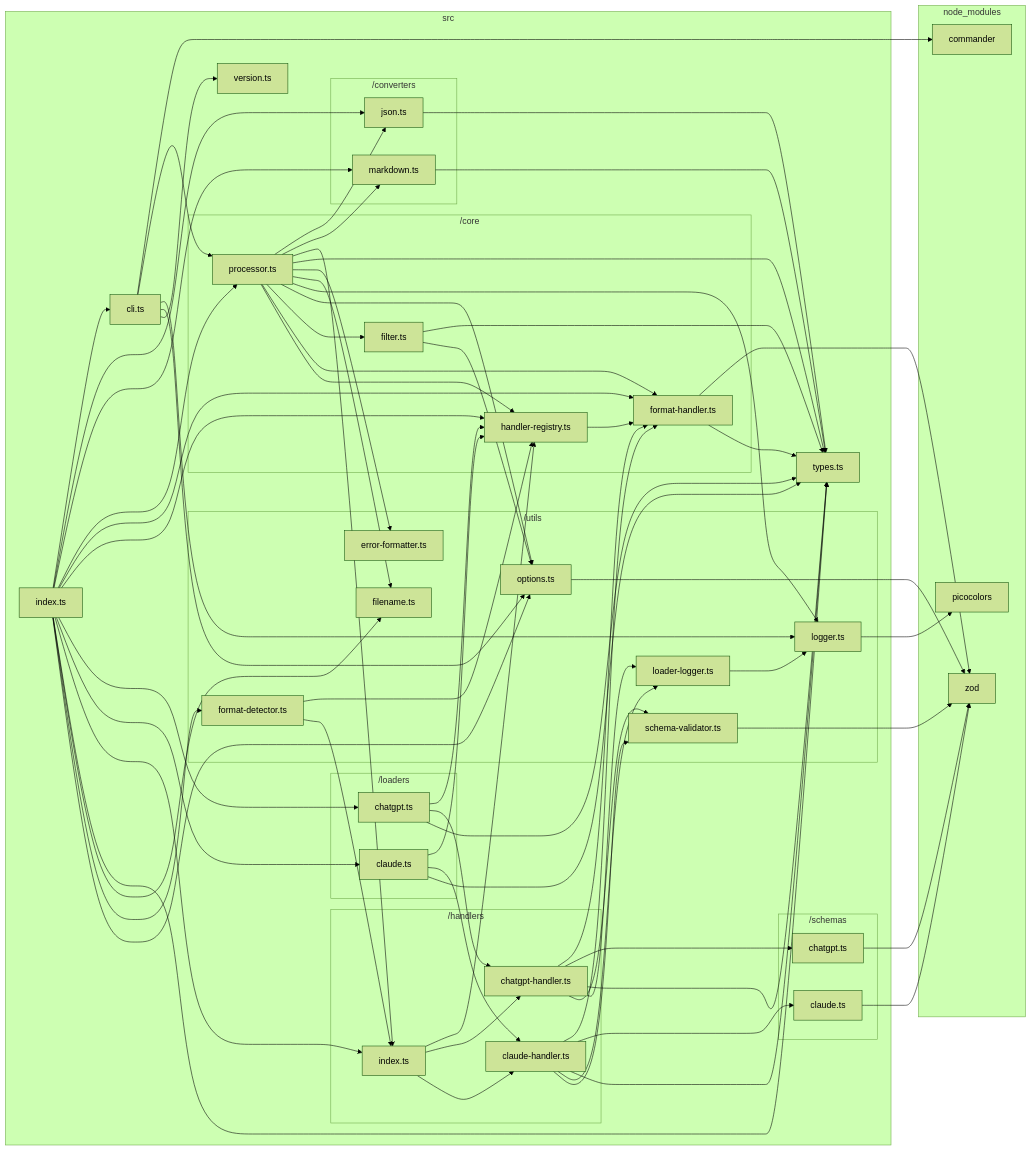
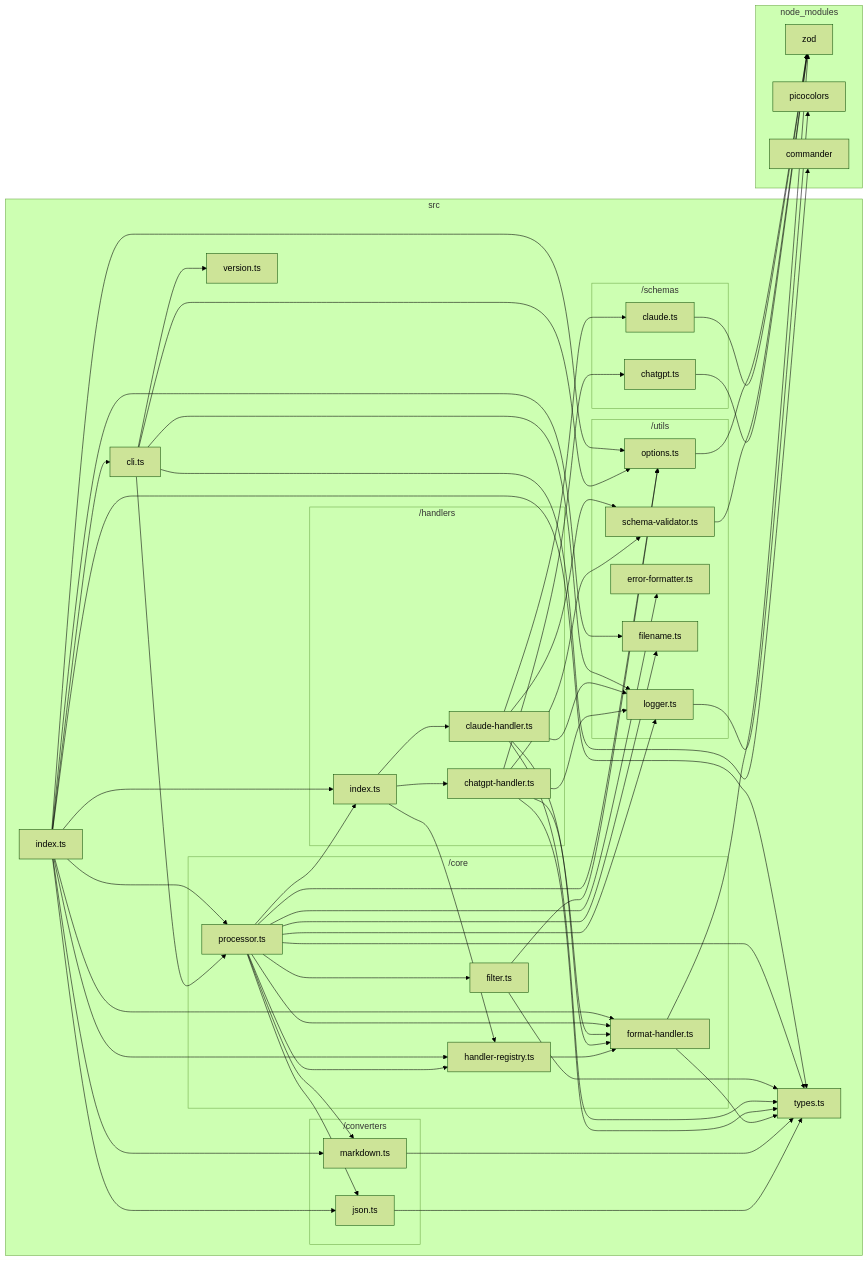
The diagram in docs/dependency-graphs/typescript-graph.md (sugurutakahashi-1234/ai-chat-md-export), drawn with Mermaid (forest theme) before and after one commit. The commit also changed 14 other files, not shown here.

````diff
--- a/docs/dependency-graphs/typescript-graph.md
+++ b/docs/dependency-graphs/typescript-graph.md
@@ -27,21 +27,15 @@
         end
         subgraph src/utils["/utils"]
             src/utils/logger.ts["logger.ts"]
-            src/utils/loader//logger.ts["loader-logger.ts"]
             src/utils/schema//validator.ts["schema-validator.ts"]
             src/utils/error//formatter.ts["error-formatter.ts"]
             src/utils/filename.ts["filename.ts"]
             src/utils/options.ts["options.ts"]
-            src/utils/format//detector.ts["format-detector.ts"]
         end
         subgraph src/handlers["/handlers"]
             src/handlers/chatgpt//handler.ts["chatgpt-handler.ts"]
             src/handlers/claude//handler.ts["claude-handler.ts"]
             src/handlers/index.ts["index.ts"]
-        end
-        subgraph src/loaders["/loaders"]
-            src/loaders/chatgpt.ts["chatgpt.ts"]
-            src/loaders/claude.ts["claude.ts"]
         end
     end
     subgraph node//modules["node_modules"]
@@ -56,18 +50,17 @@
     src/core/handler//registry.ts-->src/core/format//handler.ts
     src/schemas/chatgpt.ts-->node//modules/zod/index.d.cts
     src/utils/logger.ts-->node//modules/picocolors/picocolors.d.ts
-    src/utils/loader//logger.ts-->src/utils/logger.ts
     src/utils/schema//validator.ts-->node//modules/zod/index.d.cts
     src/handlers/chatgpt//handler.ts-->src/core/format//handler.ts
     src/handlers/chatgpt//handler.ts-->src/schemas/chatgpt.ts
     src/handlers/chatgpt//handler.ts-->src/types.ts
-    src/handlers/chatgpt//handler.ts-->src/utils/loader//logger.ts
+    src/handlers/chatgpt//handler.ts-->src/utils/logger.ts
     src/handlers/chatgpt//handler.ts-->src/utils/schema//validator.ts
     src/schemas/claude.ts-->node//modules/zod/index.d.cts
     src/handlers/claude//handler.ts-->src/core/format//handler.ts
     src/handlers/claude//handler.ts-->src/schemas/claude.ts
     src/handlers/claude//handler.ts-->src/types.ts
-    src/handlers/claude//handler.ts-->src/utils/loader//logger.ts
+    src/handlers/claude//handler.ts-->src/utils/logger.ts
     src/handlers/claude//handler.ts-->src/utils/schema//validator.ts
     src/handlers/index.ts-->src/core/handler//registry.ts
     src/handlers/index.ts-->src/handlers/chatgpt//handler.ts
@@ -91,25 +84,14 @@
     src/cli.ts-->src/utils/logger.ts
     src/cli.ts-->src/utils/options.ts
     src/cli.ts-->src/version.ts
-    src/loaders/chatgpt.ts-->src/core/handler//registry.ts
-    src/loaders/chatgpt.ts-->src/handlers/chatgpt//handler.ts
-    src/loaders/chatgpt.ts-->src/types.ts
-    src/loaders/claude.ts-->src/core/handler//registry.ts
-    src/loaders/claude.ts-->src/handlers/claude//handler.ts
-    src/loaders/claude.ts-->src/types.ts
-    src/utils/format//detector.ts-->src/core/handler//registry.ts
-    src/utils/format//detector.ts-->src/handlers/index.ts
     src/index.ts-->src/cli.ts
     src/index.ts-->src/converters/json.ts
     src/index.ts-->src/converters/markdown.ts
-    src/index.ts-->src/core/processor.ts
     src/index.ts-->src/core/format//handler.ts
     src/index.ts-->src/core/handler//registry.ts
-    src/index.ts-->src/loaders/chatgpt.ts
-    src/index.ts-->src/loaders/claude.ts
+    src/index.ts-->src/core/processor.ts
     src/index.ts-->src/handlers/index.ts
     src/index.ts-->src/types.ts
     src/index.ts-->src/utils/filename.ts
-    src/index.ts-->src/utils/format//detector.ts
     src/index.ts-->src/utils/options.ts
 ```
````
